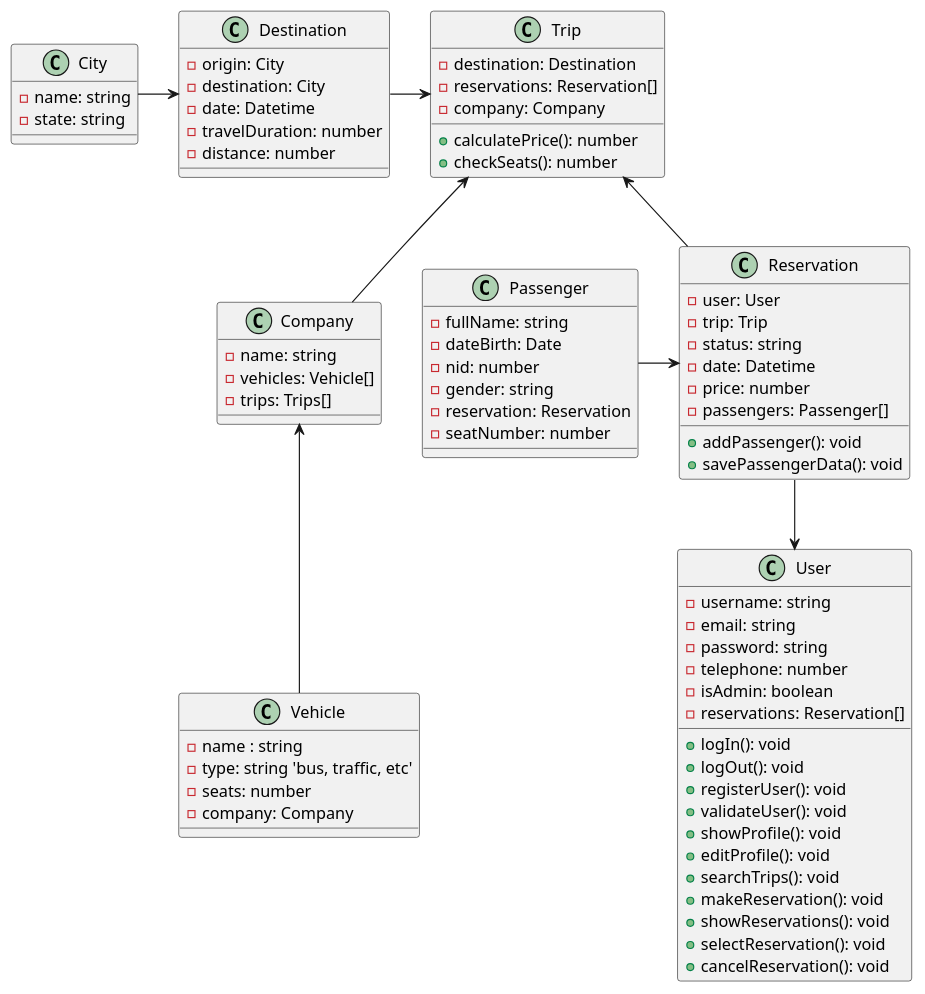
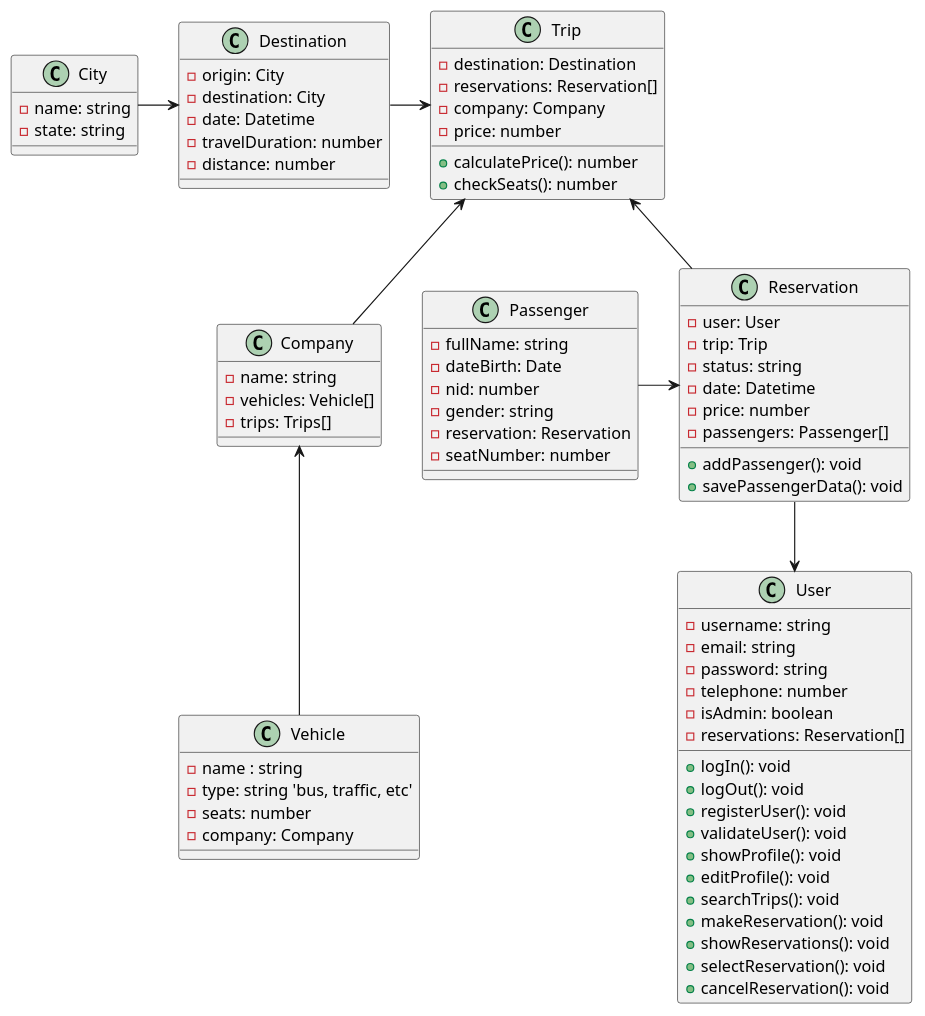
The diagram in Diagrams/platformUM-diagram.puml (NKAmazing/PlatformUM), drawn with PlantUML before and after one commit. The commit also changed 2 other files, not shown here.

Commit message:
#15 added price to trip model

```diff
--- a/Diagrams/platformUM-diagram.puml
+++ b/Diagrams/platformUM-diagram.puml
@@ -1,89 +1,90 @@
 @startuml PlatformUM
 
 ''' Aplication class diagram that provides travel services'''
 
 class User {
     - username: string
     - email: string
     - password: string
     - telephone: number
     - isAdmin: boolean
     - reservations: Reservation[]
     + logIn(): void
     + logOut(): void
     + registerUser(): void
     + validateUser(): void
     + showProfile(): void
     + editProfile(): void
     + searchTrips(): void
     + makeReservation(): void
     + showReservations(): void
     + selectReservation(): void
     + cancelReservation(): void
 }
 
 ' Add data of the vehicle
 class Vehicle {
     - name : string
     - type: string 'bus, traffic, etc'
     - seats: number
     - company: Company
 }
 
 ' *Add data of the company
 class Company {
     - name: string
     - vehicles: Vehicle[]
     - trips: Trips[]
 }
 
 class Destination {
     - origin: City
     - destination: City
     - date: Datetime
     - travelDuration: number
     - distance: number
 }
 
 class Trip {
     - destination: Destination
     - reservations: Reservation[]
     - company: Company
+    - price: number
     + calculatePrice(): number
     + checkSeats(): number
 }
 
 class Reservation {
     - user: User
     - trip: Trip
     - status: string
     - date: Datetime
     - price: number
     - passengers: Passenger[]
     + addPassenger(): void
     + savePassengerData(): void
 }
 
 class City {
     - name: string
     - state: string
 }
 
 class Passenger {
     - fullName: string
     - dateBirth: Date
     - nid: number
     - gender: string
     - reservation: Reservation
     - seatNumber: number
 }
 
 City -r-> Destination
 Destination -r-> Trip
 Passenger --r--> Reservation
 Reservation -u-> Trip
 Reservation -d-> User
 Vehicle -u-> Company
 Company -u-> Trip
  
 @enduml
```
